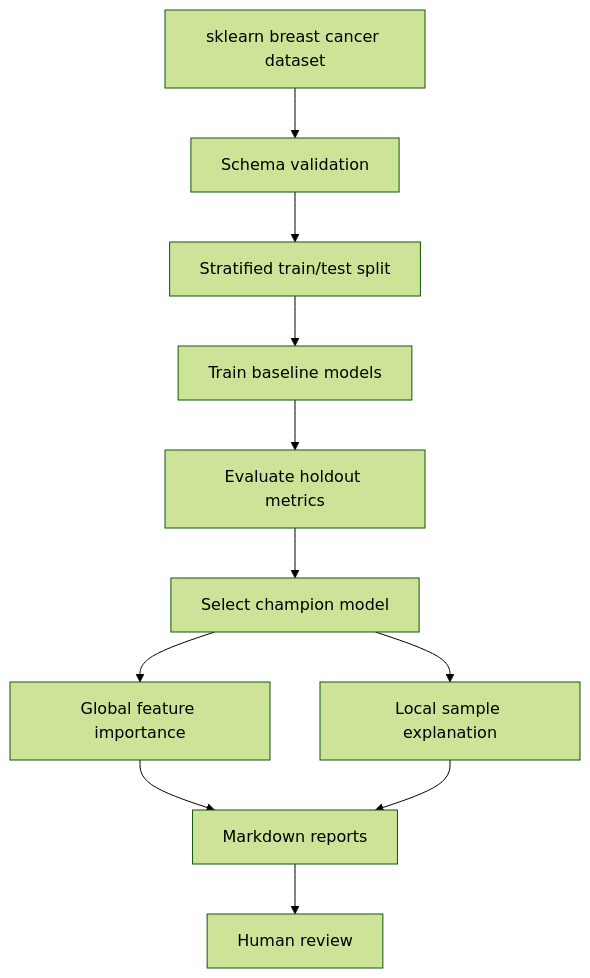
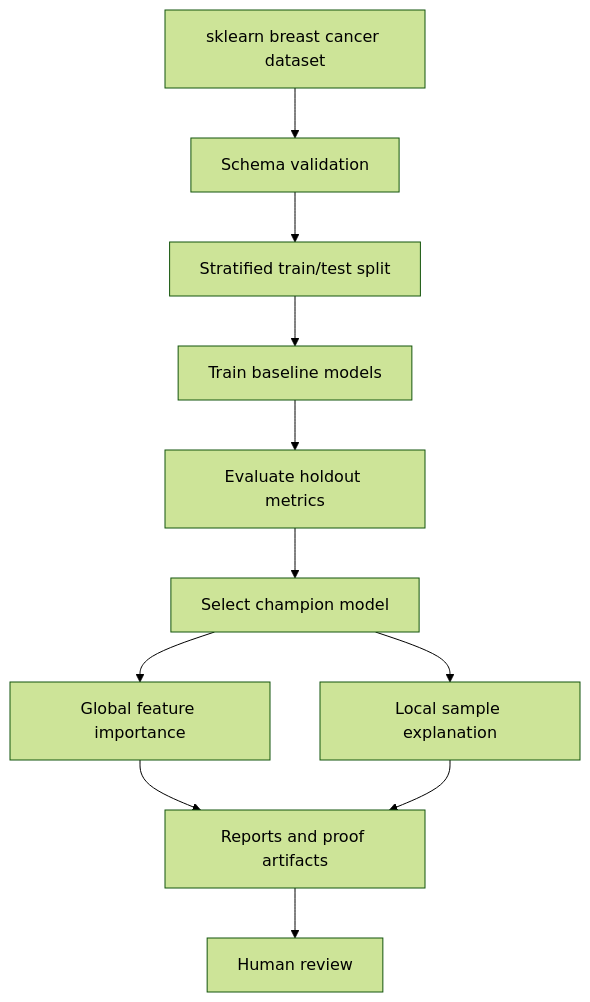
One commit to obiedeh/breast-cancer-detection-eda-ml-agentic-shap-email changed the diagram in docs/ARCHITECTURE.md. Above: the diagram before and after it, drawn with Mermaid (forest theme). The commit also changed other lines of this file and 18 other files, not shown here.

Commit message:
Add reproducible explainability proof artifacts

````diff
--- a/docs/ARCHITECTURE.md
+++ b/docs/ARCHITECTURE.md
@@ -23,13 +23,13 @@
 ```mermaid
 flowchart TD
     A[sklearn breast cancer dataset] --> B[Schema validation]
     B --> C[Stratified train/test split]
     C --> D[Train baseline models]
     D --> E[Evaluate holdout metrics]
     E --> F[Select champion model]
     F --> G[Global feature importance]
     F --> H[Local sample explanation]
-    G --> I[Markdown reports]
+    G --> I[Reports and proof artifacts]
     H --> I
     I --> J[Human review]
 ```
````
